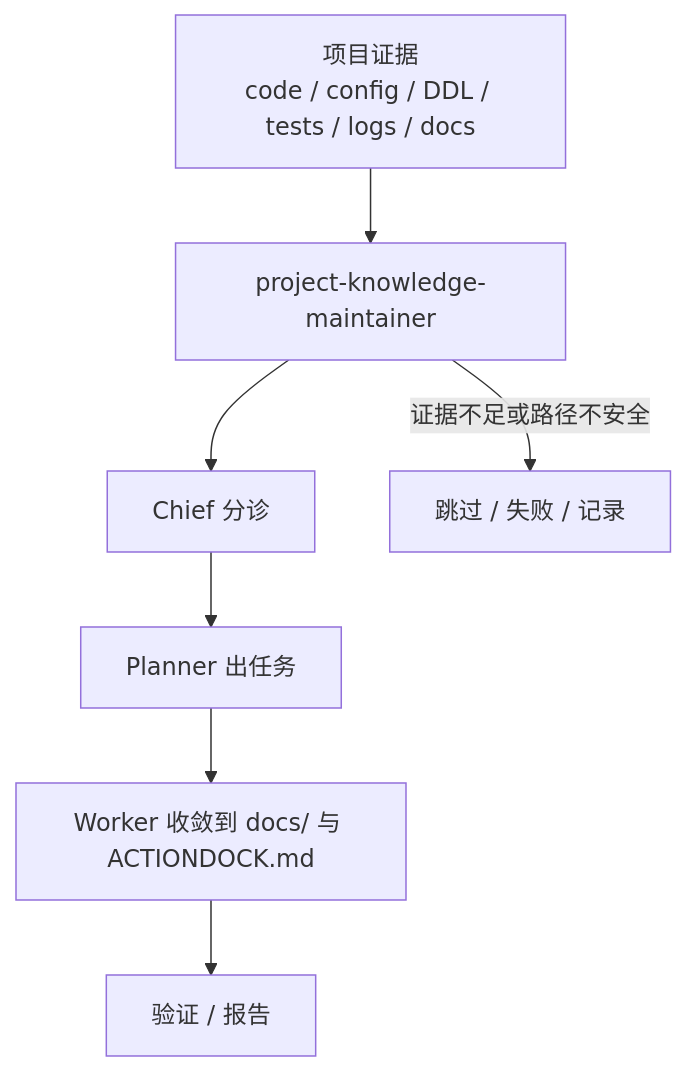
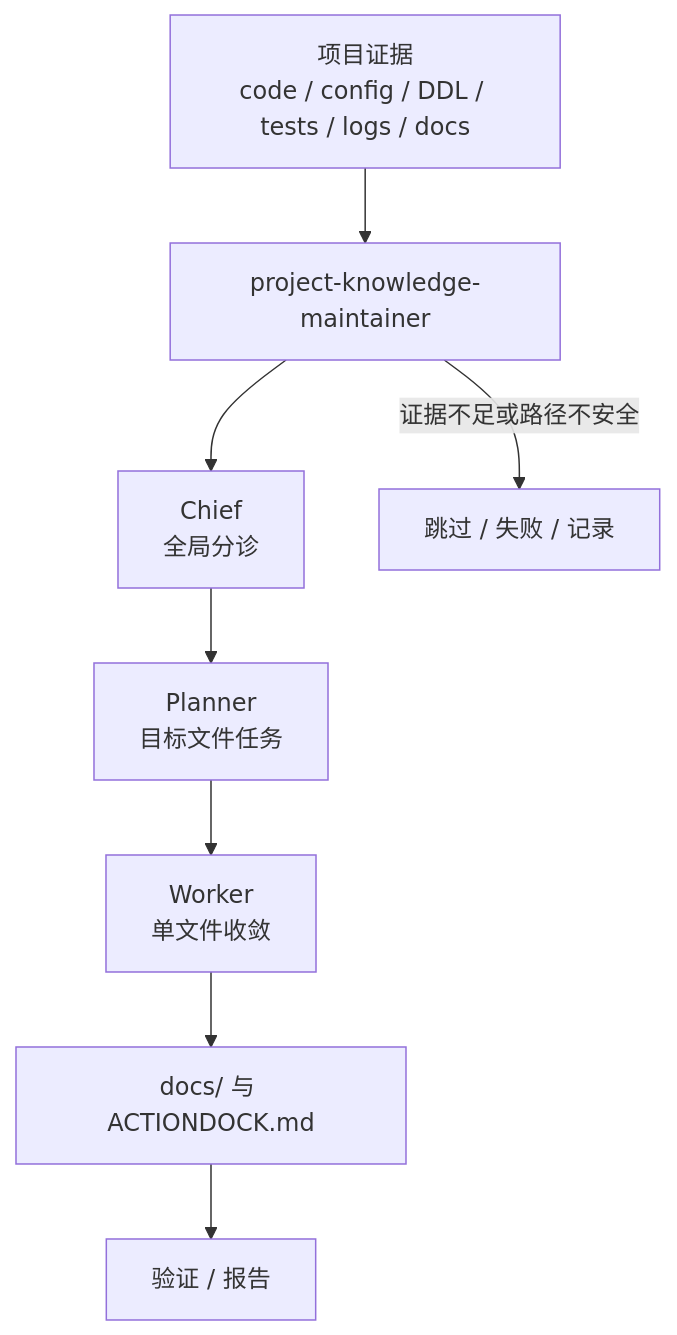
The diagram in docs/project-knowledge.md (team4u/actiondock), drawn with Mermaid before and after one commit. The commit also changed other lines of this file, not shown here.

Commit message:
docs: 更新项目知识维护技能文档

````diff
--- a/docs/project-knowledge.md
+++ b/docs/project-knowledge.md
@@ -17,9 +43,10 @@
 ```mermaid
 flowchart TD
   A[项目证据<br/>code / config / DDL / tests / logs / docs] --> B[project-knowledge-maintainer]
-  B --> C[Chief 分诊]
-  C --> D[Planner 出任务]
-  D --> E[Worker 收敛到 docs/ 与 ACTIONDOCK.md]
-  E --> F[验证 / 报告]
-  B -->|证据不足或路径不安全| G[跳过 / 失败 / 记录]
+  B --> C[Chief<br/>全局分诊]
+  C --> D[Planner<br/>目标文件任务]
+  D --> E[Worker<br/>单文件收敛]
+  E --> F[docs/ 与 ACTIONDOCK.md]
+  F --> G[验证 / 报告]
+  B -->|证据不足或路径不安全| H[跳过 / 失败 / 记录]
 ```
````
